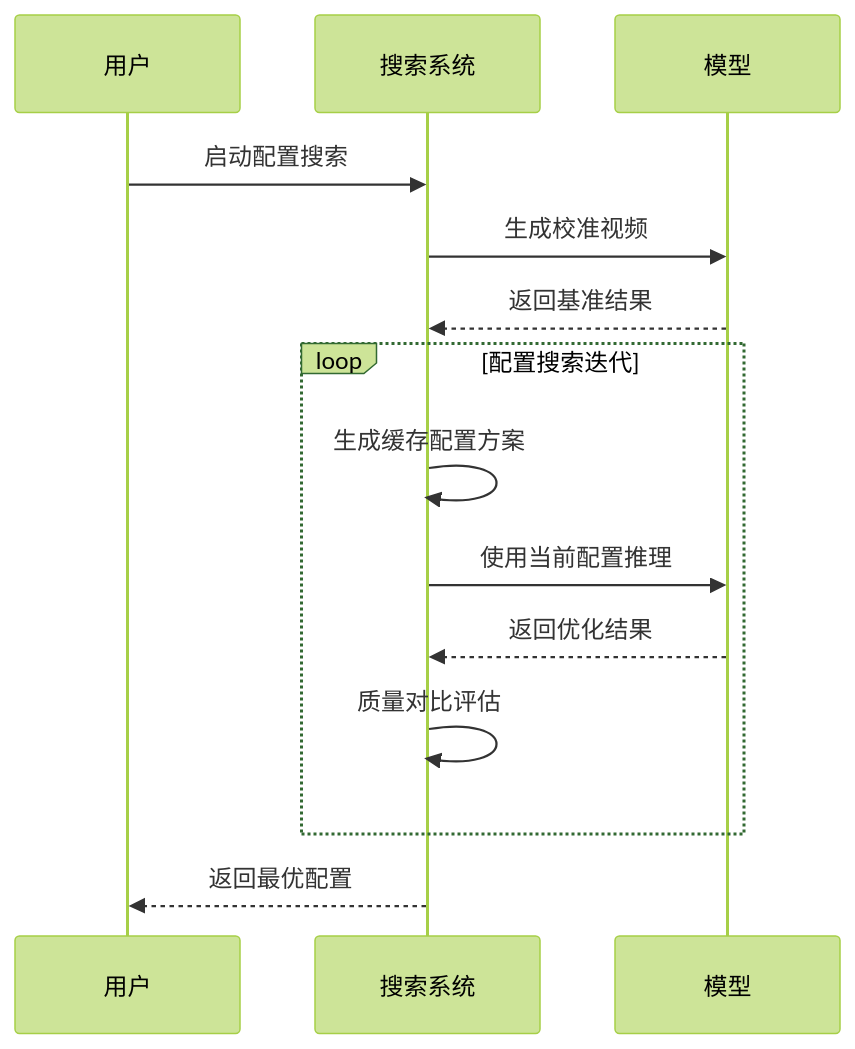
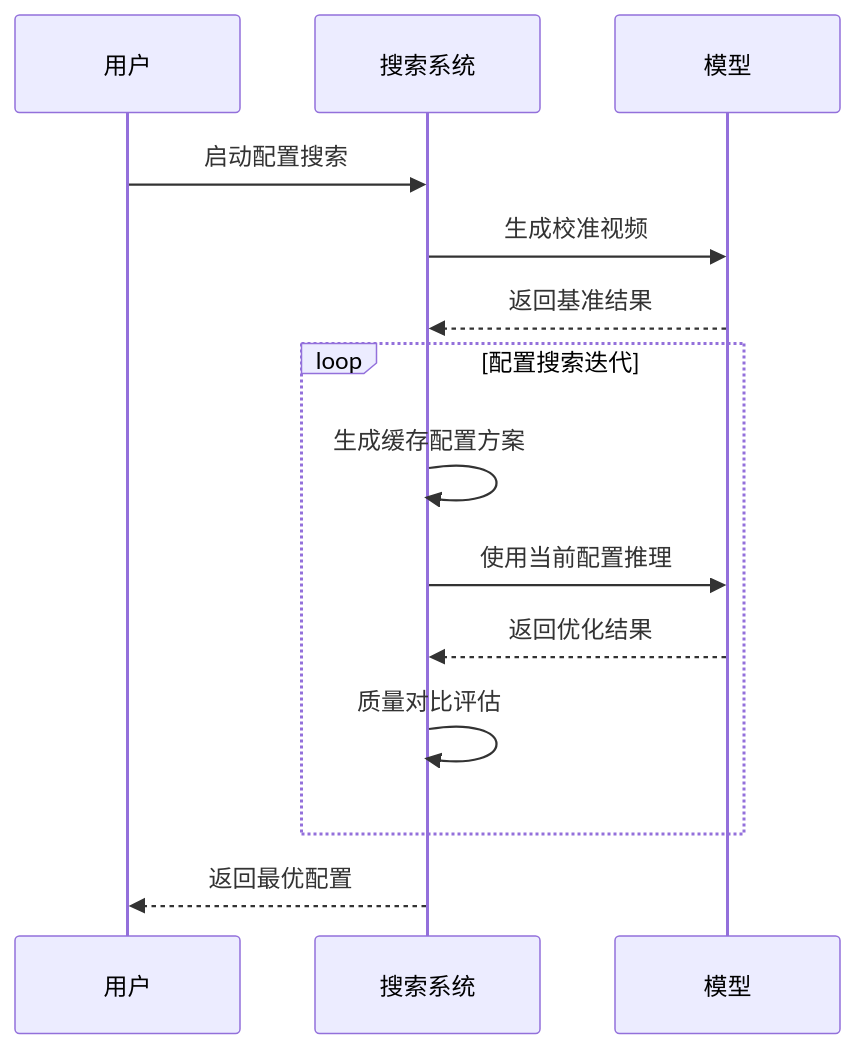
One commit to Keithwwa/ModelSlim changed the first of 3 diagrams in docs/zh/feature_guide/traditional_quantization_v0/inference_optimization_for_multimodal_generative_model.md. Above: the diagram before and after it, drawn with Mermaid. The commit also changed other lines of this file and 40 other files, not shown here.

````diff
--- a/docs/zh/feature_guide/traditional_quantization_v0/inference_optimization_for_multimodal_generative_model.md
+++ b/docs/zh/feature_guide/traditional_quantization_v0/inference_optimization_for_multimodal_generative_model.md
@@ -65,18 +65,17 @@
 ```mermaid
-%%{init: {'theme': 'forest'}}%%
 sequenceDiagram
     participant U as 用户
     participant S as 搜索系统
     participant M as 模型
     
     U->>S: 启动配置搜索
     S->>M: 生成校准视频
     M-->>S: 返回基准结果
     loop 配置搜索迭代
         S->>S: 生成缓存配置方案
         S->>M: 使用当前配置推理
         M-->>S: 返回优化结果
         S->>S: 质量对比评估
     end
     S-->>U: 返回最优配置
 ```
````
